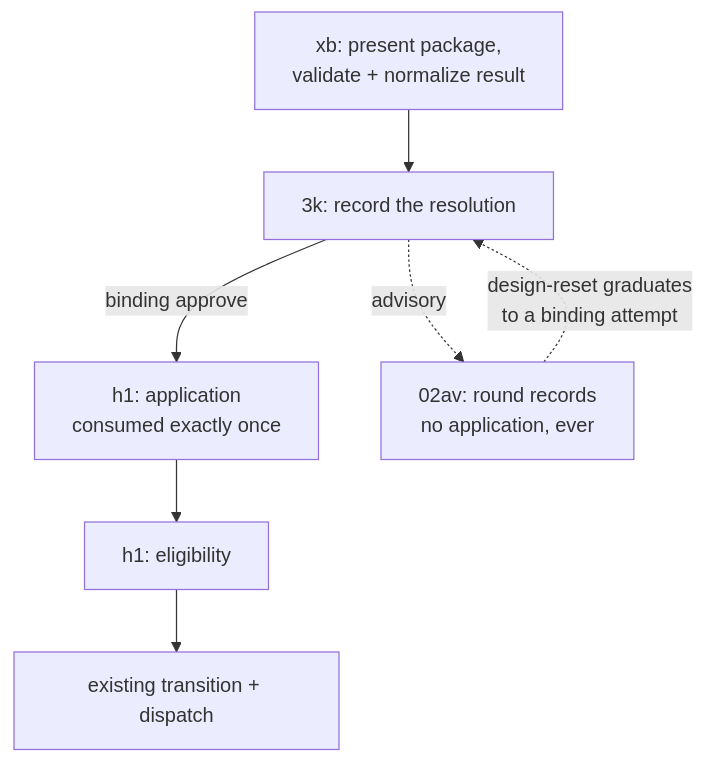
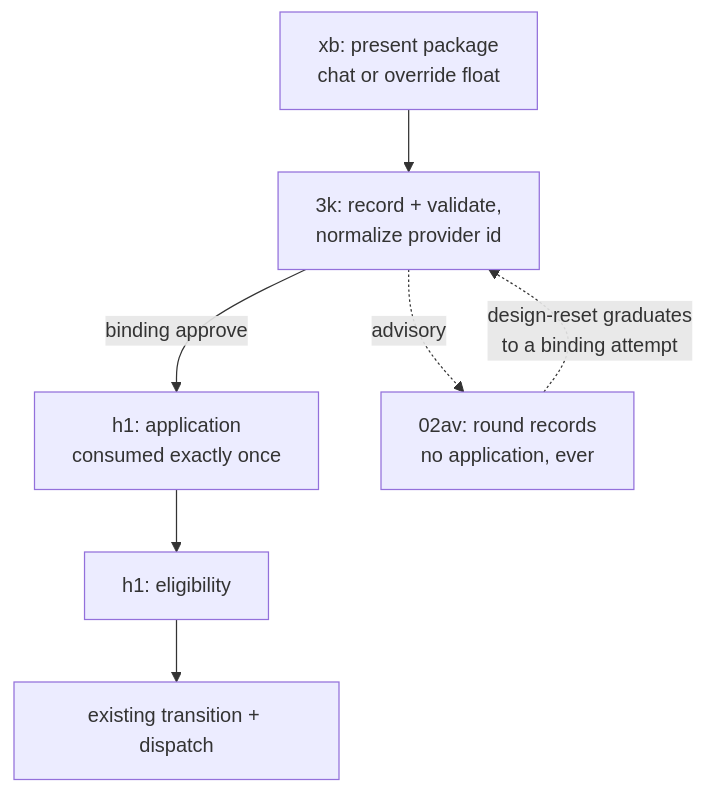
The second of 2 diagrams in durable-gate-approval-pending-blockers/gate-resolution-frontmatter-contract.md (spacedock-dev/spacedock), drawn with Mermaid before and after one commit. The commit also changed other lines of this file and 1 other file, not shown here.

````diff
--- a/durable-gate-approval-pending-blockers/gate-resolution-frontmatter-contract.md
+++ b/durable-gate-approval-pending-blockers/gate-resolution-frontmatter-contract.md
@@ -42,8 +42,8 @@
 ```mermaid
 flowchart TB
-    obtain["xb: present package,<br/>validate + normalize result"] --> res["3k: record the resolution"]
+    obtain["xb: present package<br/>chat or override float"] --> res["3k: record + validate,<br/>normalize provider id"]
     res -->|"binding approve"| app["h1: application<br/>consumed exactly once"]
     app --> elig["h1: eligibility"] --> effect["existing transition + dispatch"]
     res -.->|"advisory"| round["02av: round records<br/>no application, ever"]
     round -.->|"design-reset graduates<br/>to a binding attempt"| res
 ```
````
